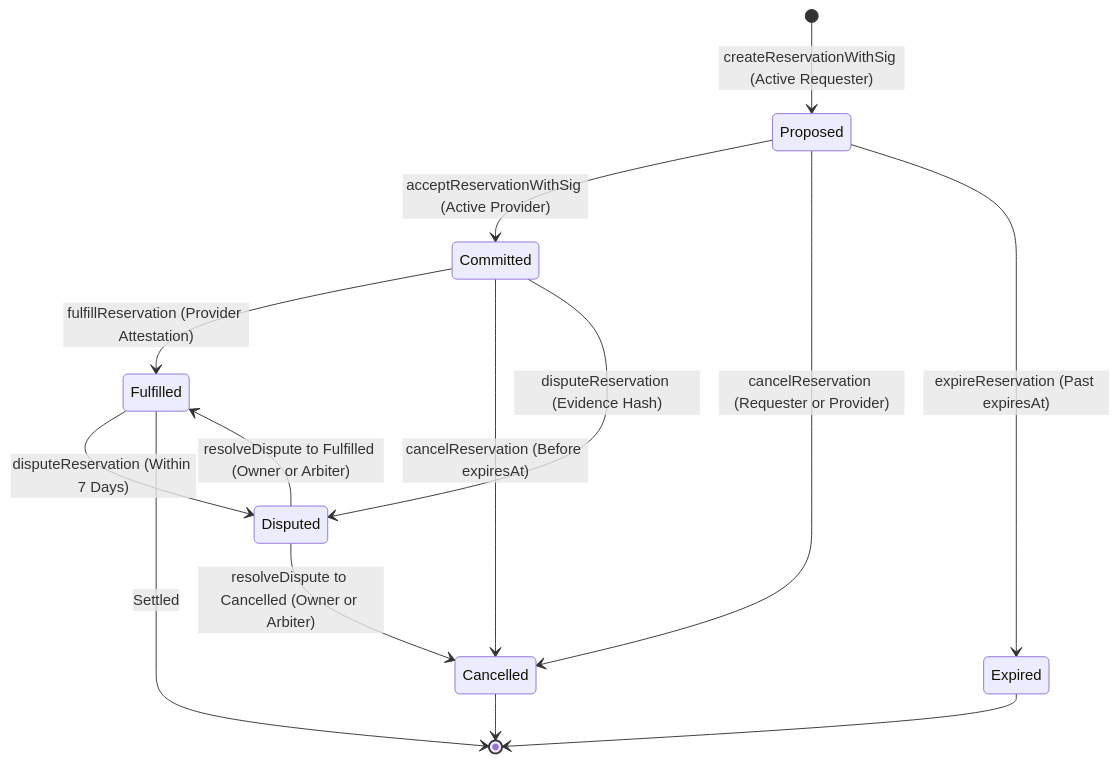
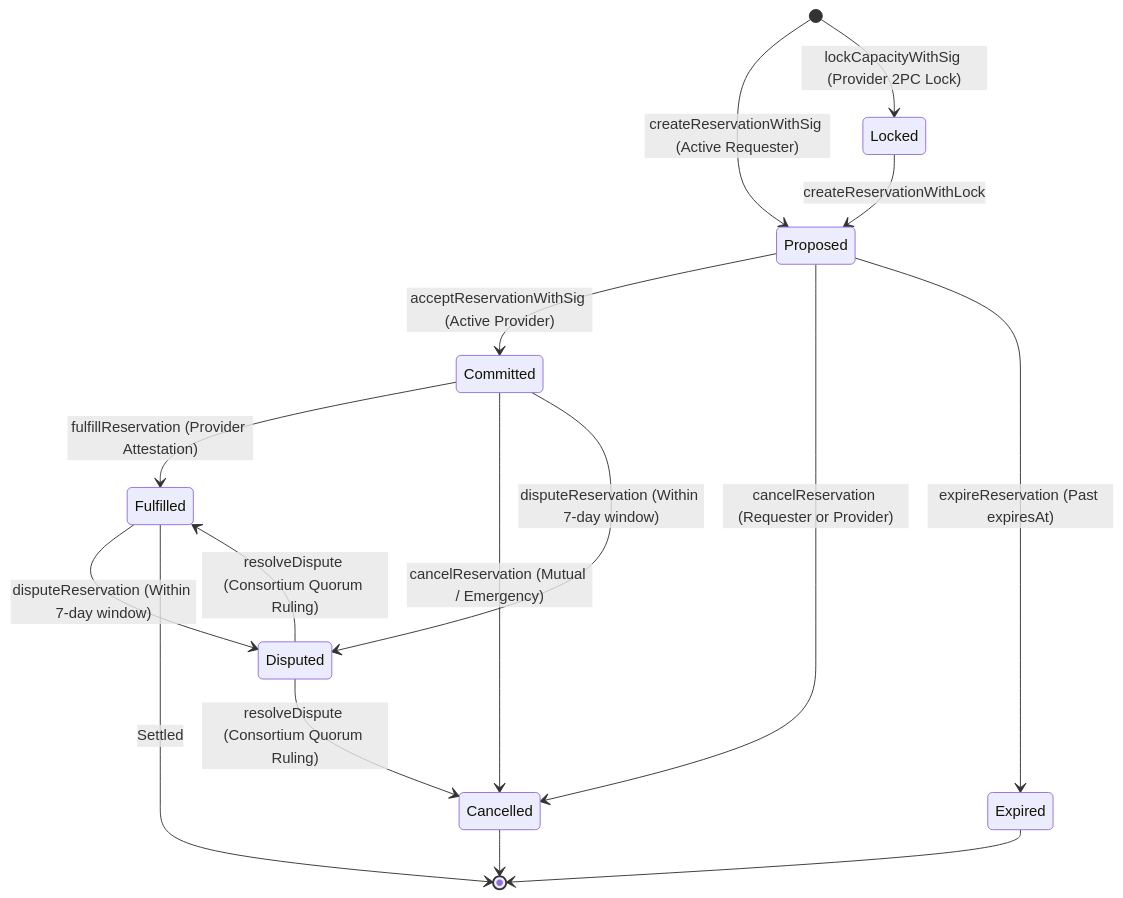
One commit to omkar0075/blockchain changed the third of 3 diagrams in README.md. Above: the diagram before and after it, drawn with Mermaid. The commit also changed other lines of this file, not shown here.

Commit message:
docs: comprehensive update of README.md covering all 31 tasks and full system architecture

````diff
--- a/README.md
+++ b/README.md
@@ -224,20 +375,23 @@
 ```mermaid
 stateDiagram-v2
     [*] --> Proposed: createReservationWithSig (Active Requester)
+    [*] --> Locked: lockCapacityWithSig (Provider 2PC Lock)
+    Locked --> Proposed: createReservationWithLock
+    
     Proposed --> Committed: acceptReservationWithSig (Active Provider)
     Proposed --> Cancelled: cancelReservation (Requester or Provider)
     Proposed --> Expired: expireReservation (Past expiresAt)
     
     Committed --> Fulfilled: fulfillReservation (Provider Attestation)
-    Committed --> Cancelled: cancelReservation (Before expiresAt)
-    Committed --> Disputed: disputeReservation (Evidence Hash)
+    Committed --> Cancelled: cancelReservation (Mutual / Emergency)
+    Committed --> Disputed: disputeReservation (Within 7-day window)
     
-    Fulfilled --> Disputed: disputeReservation (Within 7 Days)
+    Fulfilled --> Disputed: disputeReservation (Within 7-day window)
     Fulfilled --> [*]: Settled
     
-    Disputed --> Fulfilled: resolveDispute to Fulfilled (Owner or Arbiter)
-    Disputed --> Cancelled: resolveDispute to Cancelled (Owner or Arbiter)
+    Disputed --> Fulfilled: resolveDispute (Consortium Quorum Ruling)
+    Disputed --> Cancelled: resolveDispute (Consortium Quorum Ruling)
     
     Cancelled --> [*]
     Expired --> [*]
 ```
````
